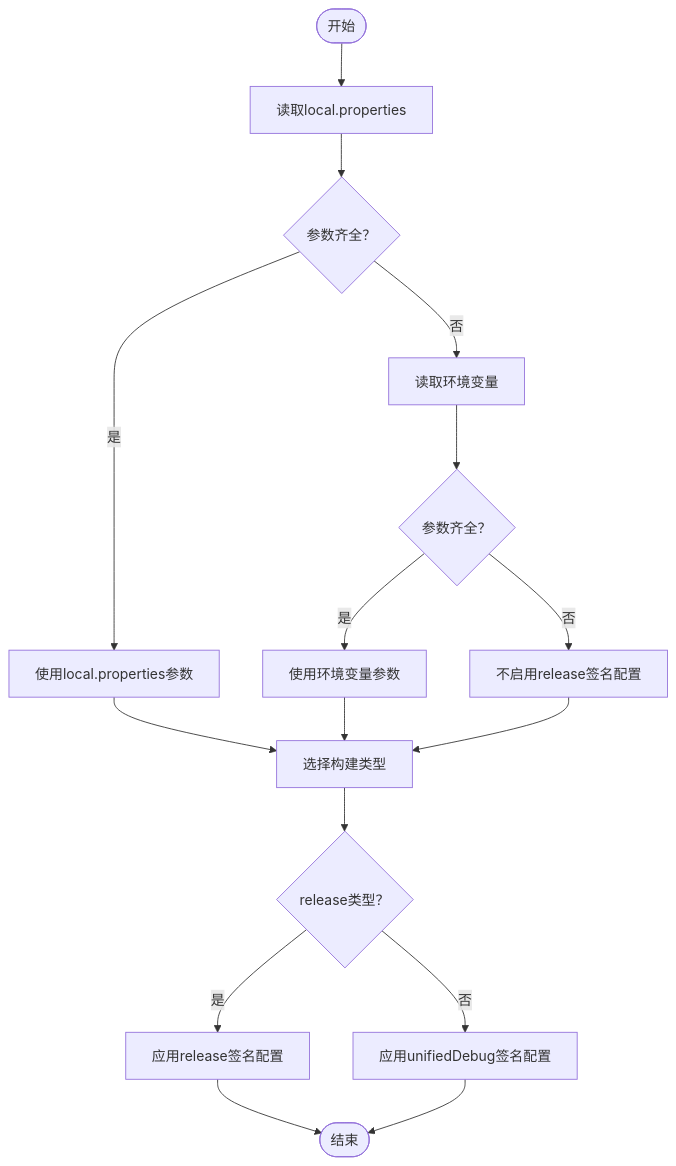
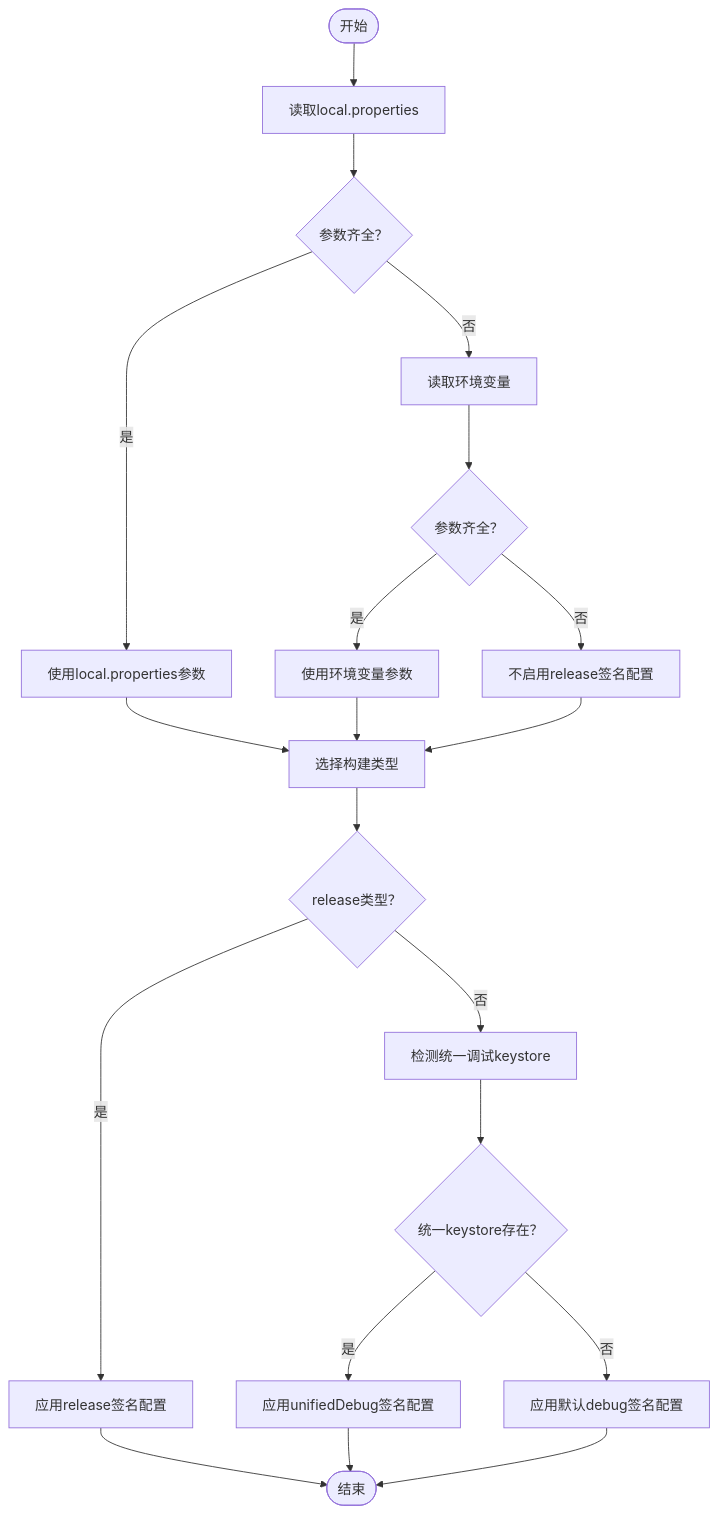
The third of 8 diagrams in .qoder/repowiki/zh/content/构建与部署/代码签名与发布.md (guuyn/OpenClaw-Android), drawn with Mermaid before and after one commit. The commit also changed other lines of this file and 5 other files, not shown here.

````diff
--- a/.qoder/repowiki/zh/content/构建与部署/代码签名与发布.md
+++ b/.qoder/repowiki/zh/content/构建与部署/代码签名与发布.md
@@ -112,18 +121,22 @@
 ```mermaid
 flowchart TD
 Start(["开始"]) --> CheckLocal["读取local.properties"]
 CheckLocal --> HasLocal{"参数齐全？"}
 HasLocal --> |是| UseLocal["使用local.properties参数"]
 HasLocal --> |否| CheckEnv["读取环境变量"]
 CheckEnv --> ParamsReady{"参数齐全？"}
 ParamsReady --> |是| UseEnv["使用环境变量参数"]
 ParamsReady --> |否| NoSign["不启用release签名配置"]
 UseLocal --> DecideType["选择构建类型"]
 UseEnv --> DecideType
 NoSign --> DecideType
 DecideType --> IsRelease{"release类型？"}
 IsRelease --> |是| ApplyRelease["应用release签名配置"]
-IsRelease --> |否| ApplyDebug["应用unifiedDebug签名配置"]
+IsRelease --> |否| CheckUnifiedKeystore["检测统一调试keystore"]
+CheckUnifiedKeystore --> KeystoreExists{"统一keystore存在？"}
+KeystoreExists --> |是| ApplyUnifiedDebug["应用unifiedDebug签名配置"]
+KeystoreExists --> |否| ApplyDefaultDebug["应用默认debug签名配置"]
 ApplyRelease --> End(["结束"])
-ApplyDebug --> End
+ApplyUnifiedDebug --> End
+ApplyDefaultDebug --> End
 ```
````
